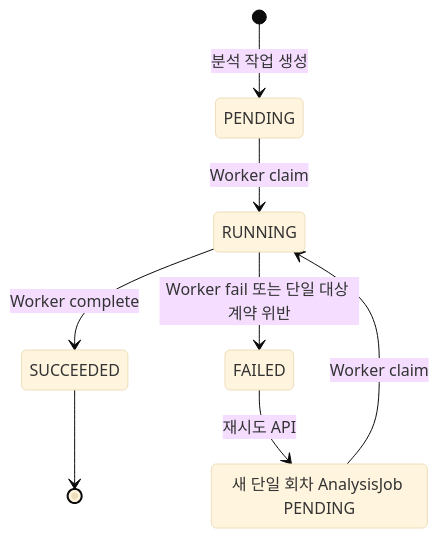
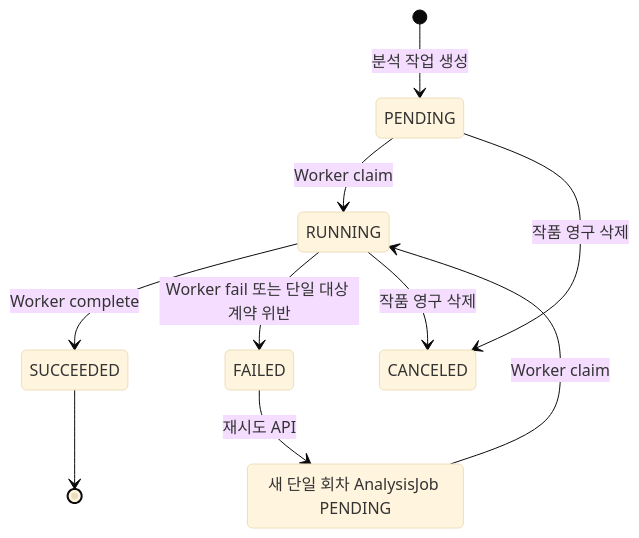
One commit to catchhole-soma/catchhole-backend-java changed diagram 11 of 12 in docs/analysis-workflow.md. Above: the diagram before and after it, drawn with Mermaid (base theme). The commit also changed other lines of this file and 87 other files, not shown here.

````diff
--- a/docs/analysis-workflow.md
+++ b/docs/analysis-workflow.md
@@ -374,11 +374,13 @@
 ```mermaid
 stateDiagram-v2
     [*] --> PENDING: 분석 작업 생성
     PENDING --> RUNNING: Worker claim
     RUNNING --> SUCCEEDED: Worker complete
     RUNNING --> FAILED: Worker fail 또는 단일 대상 계약 위반
+    PENDING --> CANCELED: 작품 영구 삭제
+    RUNNING --> CANCELED: 작품 영구 삭제
     SUCCEEDED --> [*]
     FAILED --> RETRY_PENDING: 재시도 API
     RETRY_PENDING: 새 단일 회차 AnalysisJob PENDING
     RETRY_PENDING --> RUNNING: Worker claim
 ```
````
